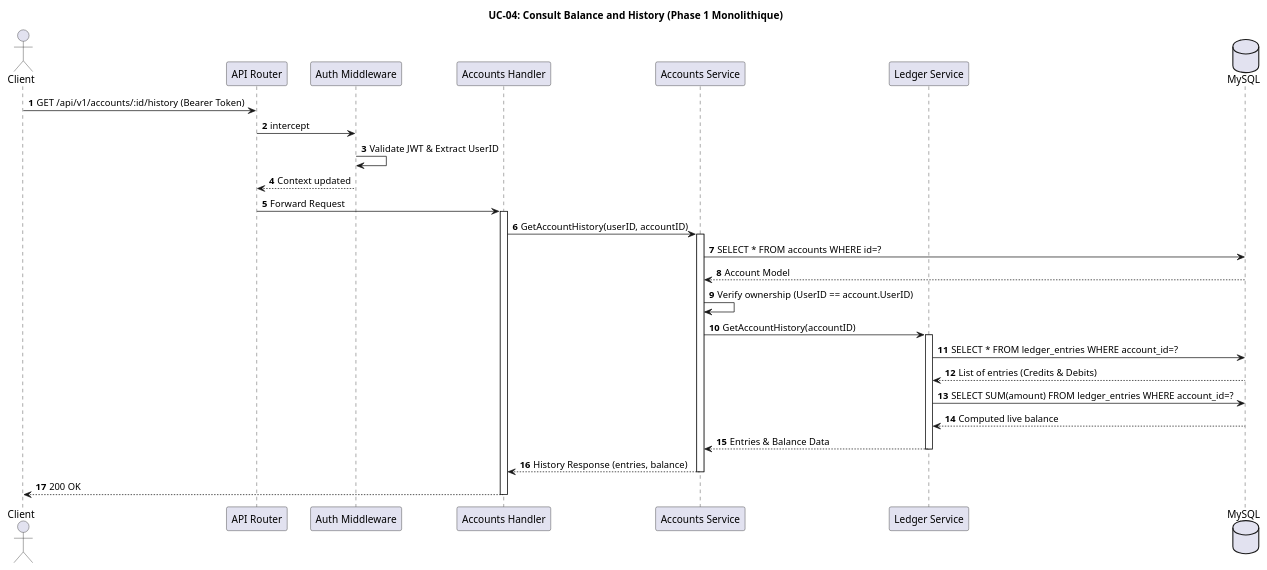
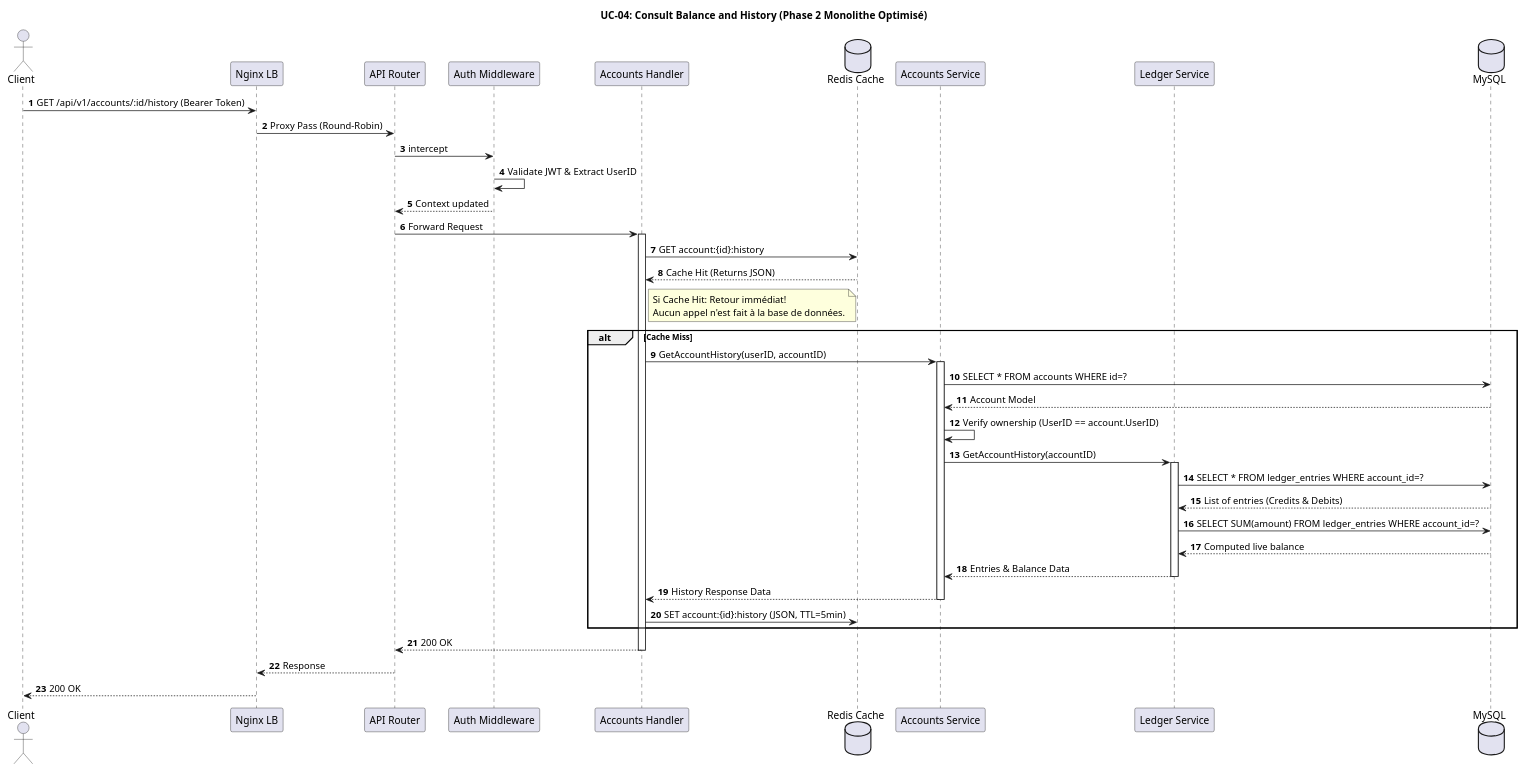
One commit to VelaSam/CanBankX_Samuel_Velasco changed the diagram in docs/architecture/puml/phase1_monolithique/process_view_uc04_consult_history.puml. Above: the diagram before and after it, drawn with PlantUML. The commit also changed 4 other files, not shown here.

```diff
--- a/docs/architecture/puml/phase1_monolithique/process_view_uc04_consult_history.puml
+++ b/docs/architecture/puml/phase1_monolithique/process_view_uc04_consult_history.puml
@@ -1,41 +1,56 @@
 @startuml process_view_uc04_consult_history_phase1_monolithique
-title UC-04: Consult Balance and History (Phase 1 Monolithique)
+title UC-04: Consult Balance and History (Phase 2 Monolithe Optimisé)
 autonumber
 
 actor Client
+participant "Nginx LB" as LB
 participant "API Router" as Router
 participant "Auth Middleware" as Middleware
 participant "Accounts Handler" as Handler
+database "Redis Cache" as Redis
 participant "Accounts Service" as Accounts
 participant "Ledger Service" as Ledger
 database "MySQL" as DB
 
-Client -> Router: GET /api/v1/accounts/:id/history (Bearer Token)
+Client -> LB: GET /api/v1/accounts/:id/history (Bearer Token)
+LB -> Router: Proxy Pass (Round-Robin)
 Router -> Middleware: intercept
 Middleware -> Middleware: Validate JWT & Extract UserID
 Middleware --> Router: Context updated
 
 Router -> Handler: Forward Request
 activate Handler
-Handler -> Accounts: GetAccountHistory(userID, accountID)
-activate Accounts
-Accounts -> DB: SELECT * FROM accounts WHERE id=?
-DB --> Accounts: Account Model
-Accounts -> Accounts: Verify ownership (UserID == account.UserID)
 
-Accounts -> Ledger: GetAccountHistory(accountID)
-activate Ledger
-Ledger -> DB: SELECT * FROM ledger_entries WHERE account_id=?
-DB --> Ledger: List of entries (Credits & Debits)
-Ledger -> DB: SELECT SUM(amount) FROM ledger_entries WHERE account_id=?
-DB --> Ledger: Computed live balance
-Ledger --> Accounts: Entries & Balance Data
-deactivate Ledger
+Handler -> Redis: GET account:{id}:history
+Redis --> Handler: Cache Hit (Returns JSON)
+note right of Handler: Si Cache Hit: Retour immédiat!\nAucun appel n'est fait à la base de données.
 
-Accounts --> Handler: History Response (entries, balance)
-deactivate Accounts
+alt Cache Miss
+    Handler -> Accounts: GetAccountHistory(userID, accountID)
+    activate Accounts
+    Accounts -> DB: SELECT * FROM accounts WHERE id=?
+    DB --> Accounts: Account Model
+    Accounts -> Accounts: Verify ownership (UserID == account.UserID)
 
-Handler --> Client: 200 OK
+    Accounts -> Ledger: GetAccountHistory(accountID)
+    activate Ledger
+    Ledger -> DB: SELECT * FROM ledger_entries WHERE account_id=?
+    DB --> Ledger: List of entries (Credits & Debits)
+    Ledger -> DB: SELECT SUM(amount) FROM ledger_entries WHERE account_id=?
+    DB --> Ledger: Computed live balance
+    Ledger --> Accounts: Entries & Balance Data
+    deactivate Ledger
+
+    Accounts --> Handler: History Response Data
+    deactivate Accounts
+
+    Handler -> Redis: SET account:{id}:history (JSON, TTL=5min)
+end
+
+Handler --> Router: 200 OK
 deactivate Handler
 
+Router --> LB: Response
+LB --> Client: 200 OK
+
 @enduml
```
